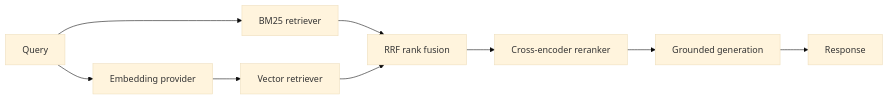
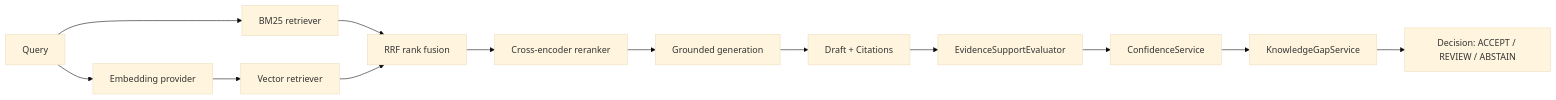
The diagram in docs/architecture.md (Croop-weed/FAQ-RAG), drawn with Mermaid (base theme) before and after one commit. The commit also changed other lines of this file and 15 other files, not shown here.

````diff
--- a/docs/architecture.md
+++ b/docs/architecture.md
@@ -38,11 +43,15 @@
 ```mermaid
 flowchart LR
 	Q[Query] --> L[BM25 retriever]
 	Q --> E[Embedding provider]
 	E --> V[Vector retriever]
 	L --> F[RRF rank fusion]
 	V --> F
 	F --> R[Cross-encoder reranker]
 	R --> G[Grounded generation]
-	G --> O[Response]
+	G --> D[Draft + Citations]
+	D --> S[EvidenceSupportEvaluator]
+	S --> C[ConfidenceService]
+	C --> K[KnowledgeGapService]
+	K --> O[Decision: ACCEPT / REVIEW / ABSTAIN]
 ```
````
